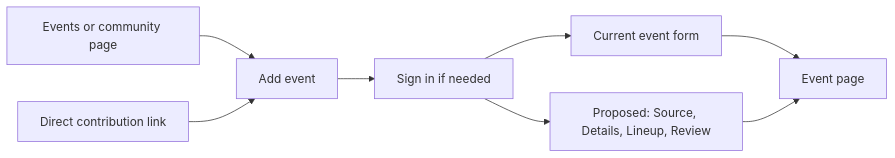
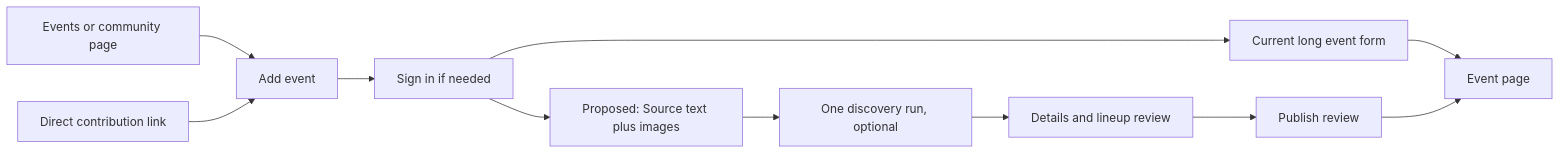
Before and after one commit to BASIC-BIT/VRDex: the diagram in docs/planning/event-editor-visual-reference-2026-09-29.md, drawn with Mermaid. The commit also changed other lines of this file and 7 other files, not shown here.

Commit message:
docs: capture multi-image event discovery flow

````diff
--- a/docs/planning/event-editor-visual-reference-2026-09-29.md
+++ b/docs/planning/event-editor-visual-reference-2026-09-29.md
@@ -19,10 +45,13 @@
 ```mermaid
 flowchart LR
   A[Events or community page] --> B[Add event]
   C[Direct contribution link] --> B
   B --> D[Sign in if needed]
-  D --> E[Current event form]
-  D --> F[Proposed: Source, Details, Lineup, Review]
+  D --> E[Current long event form]
+  D --> F[Proposed: Source text plus images]
+  F --> H[One discovery run, optional]
+  H --> I[Details and lineup review]
+  I --> J[Publish review]
   E --> G[Event page]
-  F --> G
+  J --> G
 ```
````
